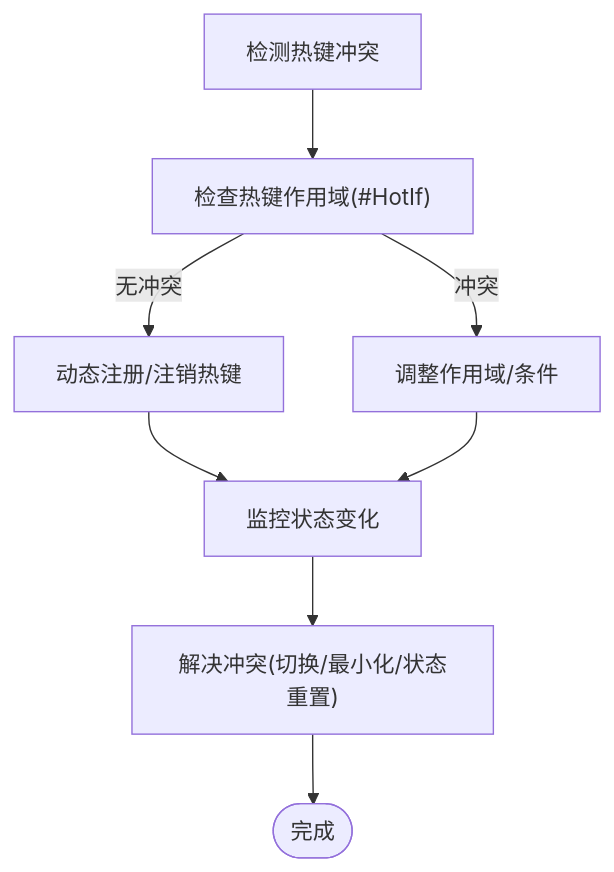
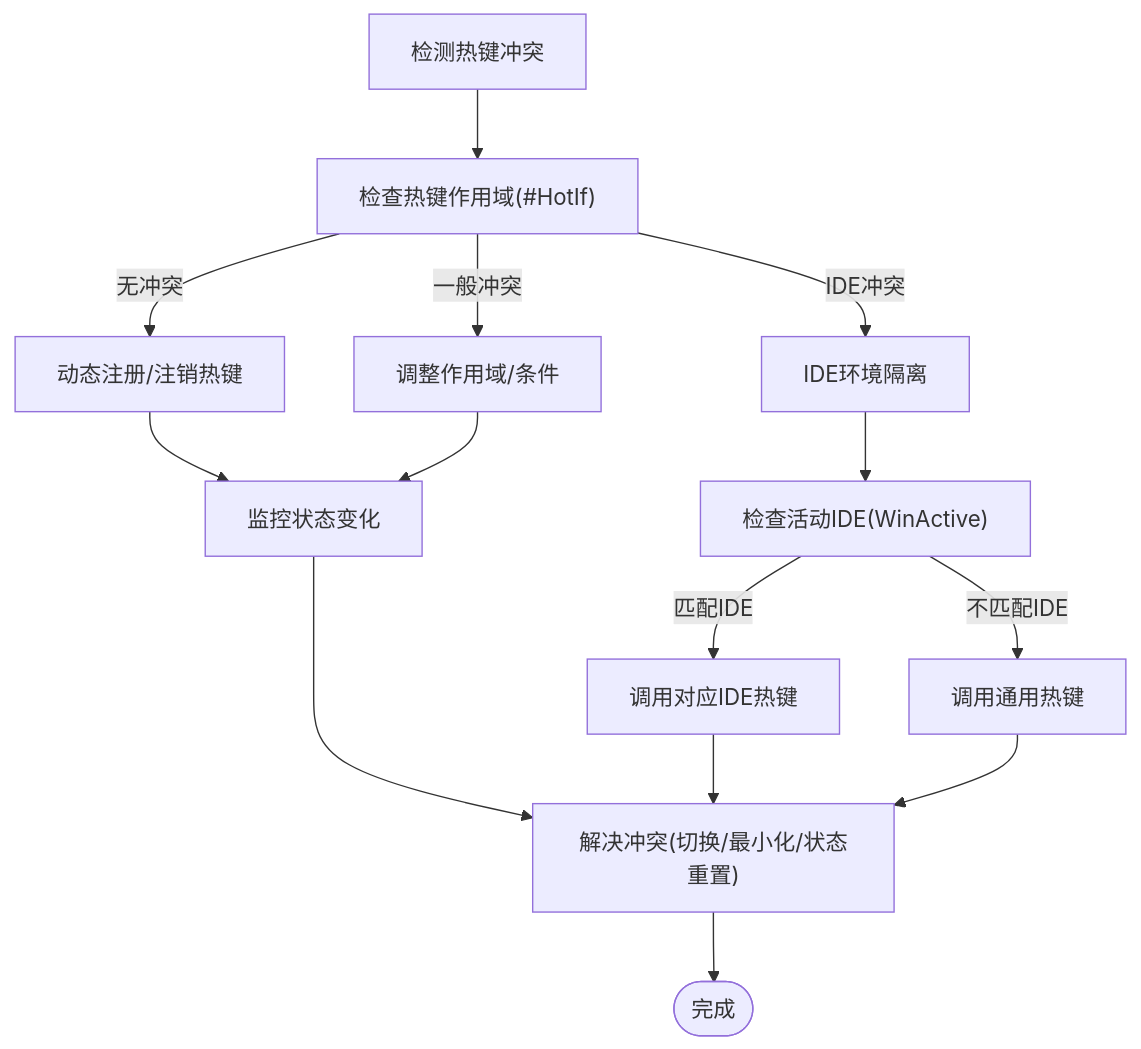
One commit to wangys-123doit/hotkey changed the fifth of 8 diagrams in .qoder/repowiki/zh/content/核心功能/热键管理系统.md. Above: the diagram before and after it, drawn with Mermaid. The commit also changed other lines of this file and 3 other files, not shown here.

````diff
--- a/.qoder/repowiki/zh/content/核心功能/热键管理系统.md
+++ b/.qoder/repowiki/zh/content/核心功能/热键管理系统.md
@@ -158,10 +196,16 @@
 ```mermaid
 flowchart TD
 Detect["检测热键冲突"] --> ScopeCheck["检查热键作用域(#HotIf)"]
-ScopeCheck --> |冲突| AdjustScope["调整作用域/条件"]
+ScopeCheck --> |IDE冲突| IDEIsolation["IDE环境隔离"]
+ScopeCheck --> |一般冲突| AdjustScope["调整作用域/条件"]
 ScopeCheck --> |无冲突| DynamicReg["动态注册/注销热键"]
+IDEIsolation --> IDECheck["检查活动IDE(WinActive)"]
+IDECheck --> |匹配IDE| MatchedIDE["调用对应IDE热键"]
+IDECheck --> |不匹配IDE| GeneralHotkeys["调用通用热键"]
 DynamicReg --> Monitor["监控状态变化"]
 AdjustScope --> Monitor
 Monitor --> Resolve["解决冲突(切换/最小化/状态重置)"]
+MatchedIDE --> Resolve
+GeneralHotkeys --> Resolve
 Resolve --> End(["完成"])
 ```
````
